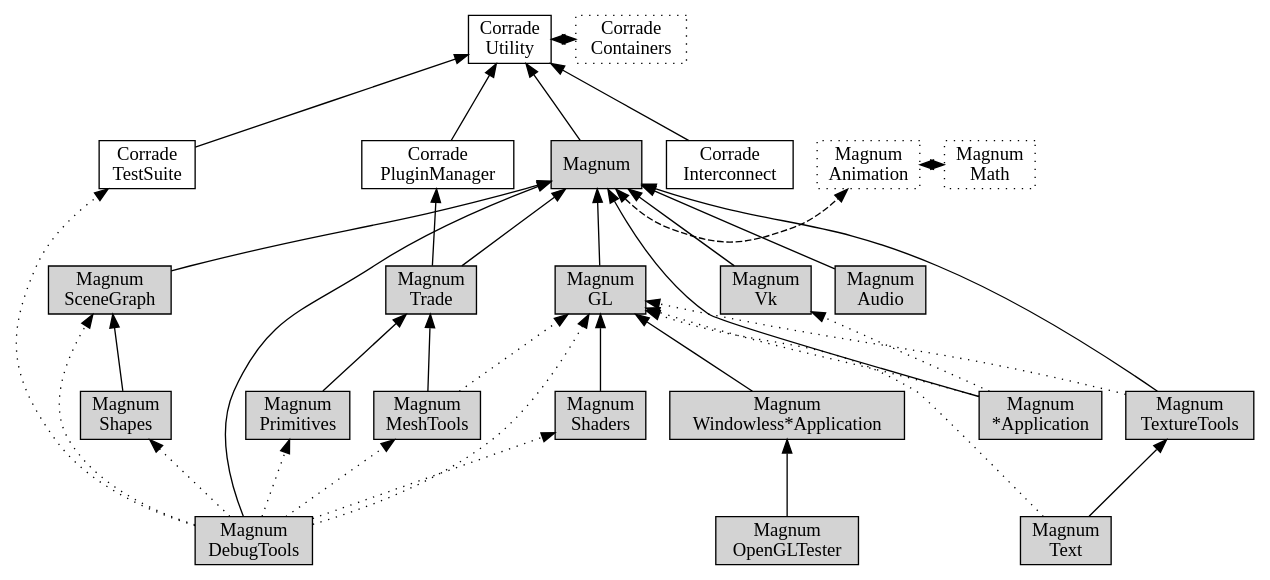
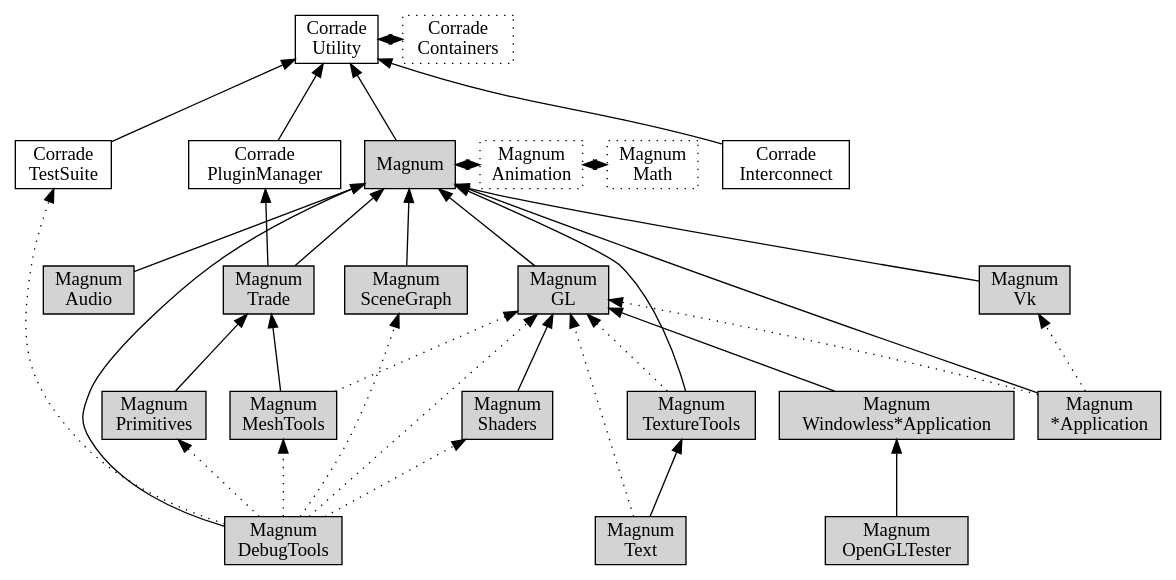
The diagram in doc/custom-buildsystems-order.dot (mosra/magnum), drawn with Graphviz before and after one commit. The commit also changed 126 other files, not shown here.

```diff
--- a/doc/custom-buildsystems-order.dot
+++ b/doc/custom-buildsystems-order.dot
@@ -1,108 +1,104 @@
 /*
     This file is part of Magnum.
 
     Copyright © 2010, 2011, 2012, 2013, 2014, 2015, 2016, 2017, 2018, 2019
               Vladimír Vondruš <mosra@centrum.cz>
 
     Permission is hereby granted, free of charge, to any person obtaining a
     copy of this software and associated documentation files (the "Software"),
     to deal in the Software without restriction, including without limitation
     the rights to use, copy, modify, merge, publish, distribute, sublicense,
     and/or sell copies of the Software, and to permit persons to whom the
     Software is furnished to do so, subject to the following conditions:
 
     The above copyright notice and this permission notice shall be included
     in all copies or substantial portions of the Software.
 
     THE SOFTWARE IS PROVIDED "AS IS", WITHOUT WARRANTY OF ANY KIND, EXPRESS OR
     IMPLIED, INCLUDING BUT NOT LIMITED TO THE WARRANTIES OF MERCHANTABILITY,
     FITNESS FOR A PARTICULAR PURPOSE AND NONINFRINGEMENT. IN NO EVENT SHALL
     THE AUTHORS OR COPYRIGHT HOLDERS BE LIABLE FOR ANY CLAIM, DAMAGES OR OTHER
     LIABILITY, WHETHER IN AN ACTION OF CONTRACT, TORT OR OTHERWISE, ARISING
     FROM, OUT OF OR IN CONNECTION WITH THE SOFTWARE OR THE USE OR OTHER
     DEALINGS IN THE SOFTWARE.
 */
 
 digraph "Magnum library dependency order" {
     rankdir=BT
     ranksep=0.8
     node [style=filled shape=rect margin="0.03,0.03"]
 
     CorradeUtility [style=solid label="Corrade\nUtility" class="m-primary"]
     CorradeContainers [style=solid label="Corrade\nContainers" class="m-primary" style=dotted]
     CorradePluginManager [style=solid label="Corrade\nPluginManager" class="m-info"]
     CorradeInterconnect [style=solid label="Corrade\nInterconnect" class="m-info"]
     CorradeTestSuite [style=solid label="Corrade\nTestSuite" class="m-info"]
 
     Magnum [class="m-primary"]
     MagnumAnimation [label="Magnum\nAnimation" class="m-primary" style=dotted]
     MagnumAudio [label="Magnum\nAudio" class="m-info"]
     MagnumDebugTools [label="Magnum\nDebugTools" class="m-info"]
     MagnumGL [label="Magnum\nGL" class="m-info"]
     MagnumMath [label="Magnum\nMath" class="m-primary" style=dotted]
     MagnumMeshTools [label="Magnum\nMeshTools" class="m-info"]
     MagnumOpenGLTester [label="Magnum\nOpenGLTester" class="m-info"]
     MagnumPrimitives [label="Magnum\nPrimitives" class="m-info"]
     MagnumSceneGraph [label="Magnum\nSceneGraph" class="m-info"]
     MagnumShaders [label="Magnum\nShaders" class="m-info"]
-    MagnumShapes [label="Magnum\nShapes" class="m-dim"]
     MagnumText [label="Magnum\nText" class="m-info"]
     MagnumTextureTools [label="Magnum\nTextureTools" class="m-info"]
     MagnumTrade [label="Magnum\nTrade" class="m-info"]
     MagnumVk [label="Magnum\nVk" class="m-info"]
 
     MagnumApplication [label="Magnum\n*Application" class="m-info"]
     MagnumWindowlessApplication [label="Magnum\nWindowless*Application" class="m-info"]
 
     CorradeUtility -> CorradeContainers [dir=both style=dashed class="m-primary"]
     {rank=same CorradeUtility CorradeContainers}
     CorradePluginManager -> CorradeUtility [class="m-info"]
     CorradeInterconnect -> CorradeUtility [class="m-info"]
     CorradeTestSuite -> CorradeUtility [class="m-info"]
 
     {rank=same Magnum -> MagnumAnimation -> MagnumMath [dir=both style=dashed]}
     Magnum -> CorradeUtility
 
     MagnumAudio -> Magnum
 
     MagnumDebugTools -> CorradeTestSuite [style=dotted]
     MagnumDebugTools -> Magnum
     MagnumDebugTools -> MagnumGL [style=dotted]
     MagnumDebugTools -> MagnumMeshTools [style=dotted]
     MagnumDebugTools -> MagnumPrimitives [style=dotted]
     MagnumDebugTools -> MagnumShaders [style=dotted]
-    MagnumDebugTools -> MagnumShapes [style=dotted class="m-dim"]
     MagnumDebugTools -> MagnumSceneGraph [style=dotted]
 
     MagnumGL -> Magnum
 
     MagnumMeshTools -> MagnumTrade
     MagnumMeshTools -> MagnumGL [style=dotted]
 
     MagnumOpenGLTester -> MagnumWindowlessApplication
 
     MagnumPrimitives -> MagnumTrade
 
     MagnumSceneGraph -> Magnum
 
     MagnumShaders -> MagnumGL
-
-    MagnumShapes -> MagnumSceneGraph [class="m-dim"]
 
     MagnumText -> MagnumTextureTools
     MagnumText -> MagnumGL [style=dotted]
 
     MagnumTextureTools -> Magnum
     MagnumTextureTools -> MagnumGL [style=dotted]
 
     MagnumTrade -> Magnum
     MagnumTrade -> CorradePluginManager
 
     MagnumVk -> Magnum
 
     MagnumApplication -> Magnum
     MagnumApplication -> MagnumGL [style=dotted]
     MagnumApplication -> MagnumVk [style=dotted]
 
     MagnumWindowlessApplication -> MagnumGL
 }
```
